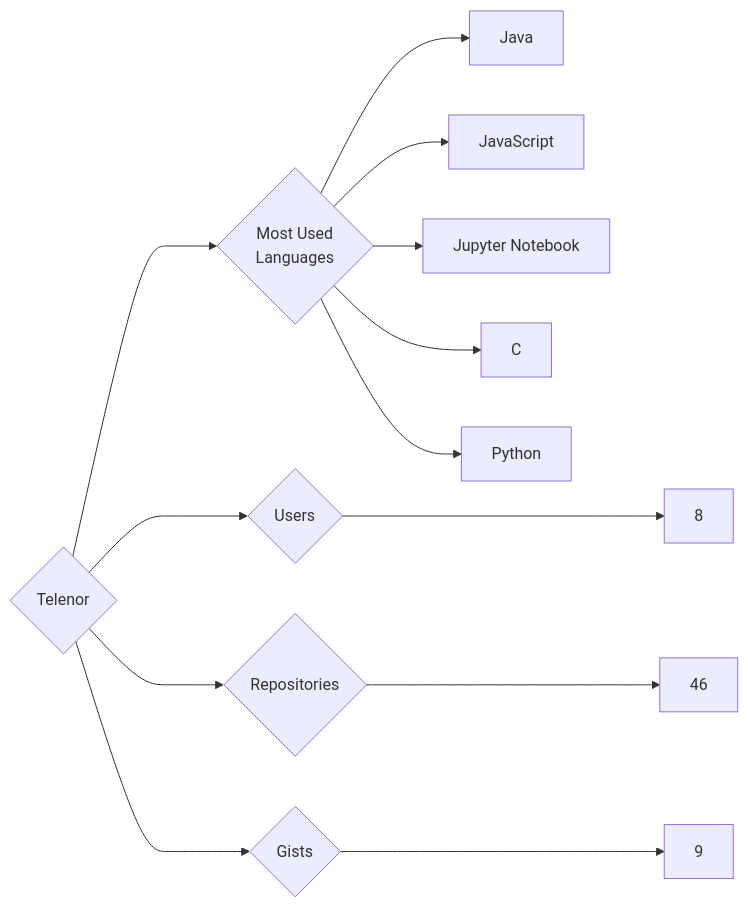
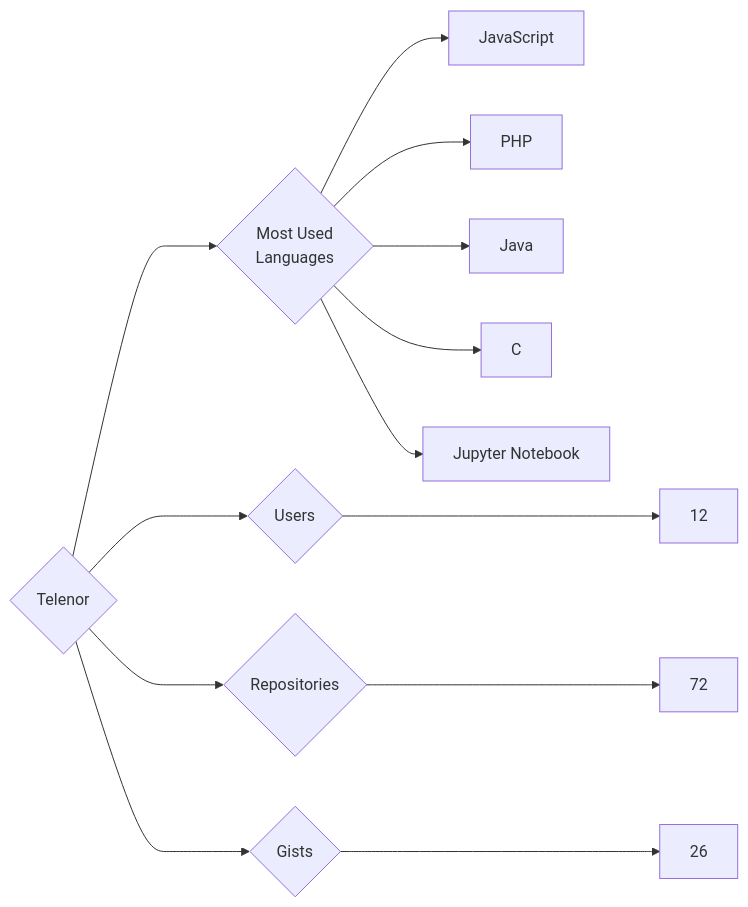
One commit to trickest/insiders changed the diagram in targets/Telenor/README.md. Above: the diagram before and after it, drawn with Mermaid. The commit also changed 880 other files, not shown here.

````diff
--- a/targets/Telenor/README.md
+++ b/targets/Telenor/README.md
@@ -3,13 +3,13 @@
 ```mermaid
 graph LR
 COMPANY_NAME{Telenor}
-COMPANY_NAME ---> U{Users} ---> UN[8]
-COMPANY_NAME ---> R{Repositories} ---> RN[46]
-COMPANY_NAME ---> G{Gists} ---> GN[9]
+COMPANY_NAME ---> U{Users} ---> UN[12]
+COMPANY_NAME ---> R{Repositories} ---> RN[72]
+COMPANY_NAME ---> G{Gists} ---> GN[26]
 COMPANY_NAME ---> ML{Most Used<br>Languages}
+ML --> JavaScript[JavaScript]
+ML --> PHP[PHP]
 ML --> Java[Java]
-ML --> JavaScript[JavaScript]
+ML --> C[C]
 ML --> Jupyter_Notebook[Jupyter Notebook]
-ML --> C[C]
-ML --> Python[Python]
 ```
````
